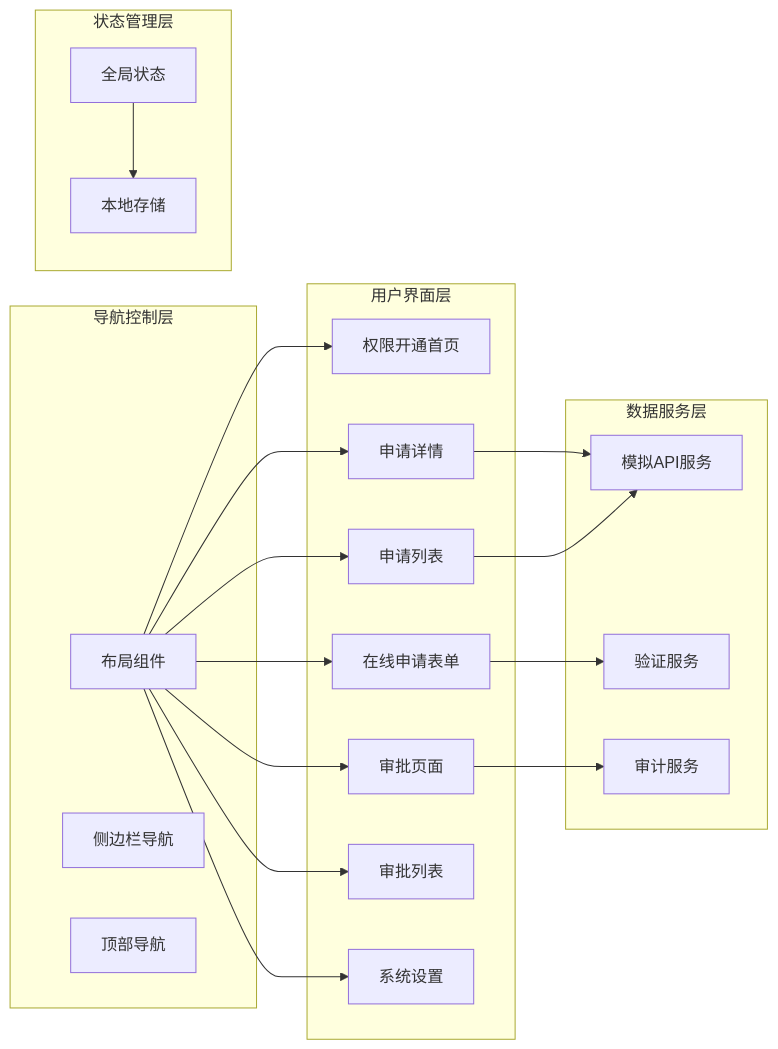
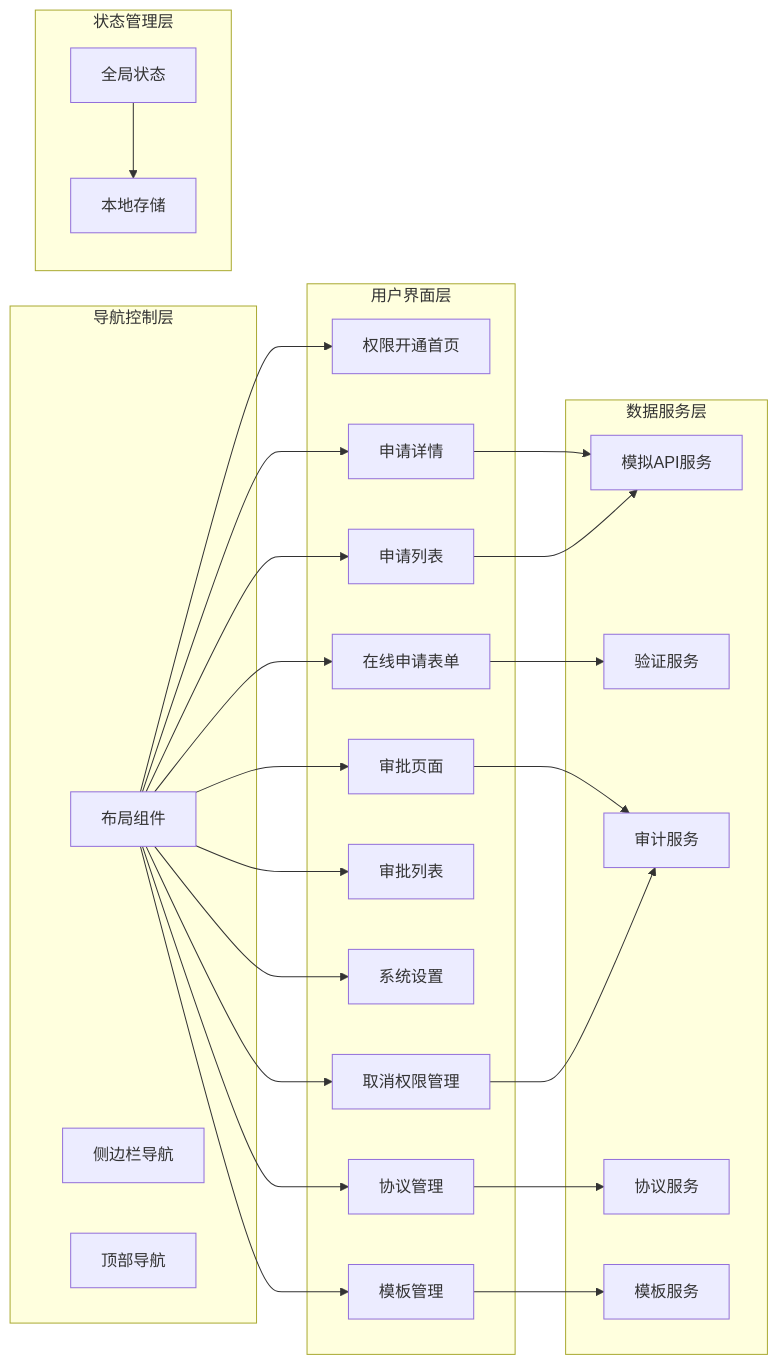
One commit to chinak/permission_apply changed the third of 11 diagrams in .qoder/repowiki/zh/content/交易权限申请模块/交易权限申请模块.md. Above: the diagram before and after it, drawn with Mermaid. The commit also changed other lines of this file and 94 other files, not shown here.

````diff
--- a/.qoder/repowiki/zh/content/交易权限申请模块/交易权限申请模块.md
+++ b/.qoder/repowiki/zh/content/交易权限申请模块/交易权限申请模块.md
@@ -164,38 +181,49 @@
 ```mermaid
 graph LR
 subgraph "用户界面层"
 Home[权限开通首页]
 SubmitForm[在线申请表单]
 ApplicationDetail[申请详情]
 ApplicationList[申请列表]
 StaffApproval[审批页面]
 StaffApprovalList[审批列表]
 SystemSettings[系统设置]
+CancelPermission[取消权限管理]
+Protocols[协议管理]
+Templates[模板管理]
 end
 subgraph "导航控制层"
 Layout[布局组件]
 Sidebar[侧边栏导航]
 Header[顶部导航]
 end
 subgraph "状态管理层"
 AppContext[全局状态]
 LocalStorage[本地存储]
 end
 subgraph "数据服务层"
 MockAPI[模拟API服务]
 Validation[验证服务]
 Audit[审计服务]
+ProtocolService[协议服务]
+TemplateService[模板服务]
 end
 Layout --> Home
 Layout --> SubmitForm
 Layout --> ApplicationDetail
 Layout --> ApplicationList
 Layout --> StaffApproval
 Layout --> StaffApprovalList
 Layout --> SystemSettings
+Layout --> CancelPermission
+Layout --> Protocols
+Layout --> Templates
 AppContext --> LocalStorage
 SubmitForm --> Validation
 StaffApproval --> Audit
 ApplicationDetail --> MockAPI
 ApplicationList --> MockAPI
+CancelPermission --> Audit
+Protocols --> ProtocolService
+Templates --> TemplateService
 ```
````
